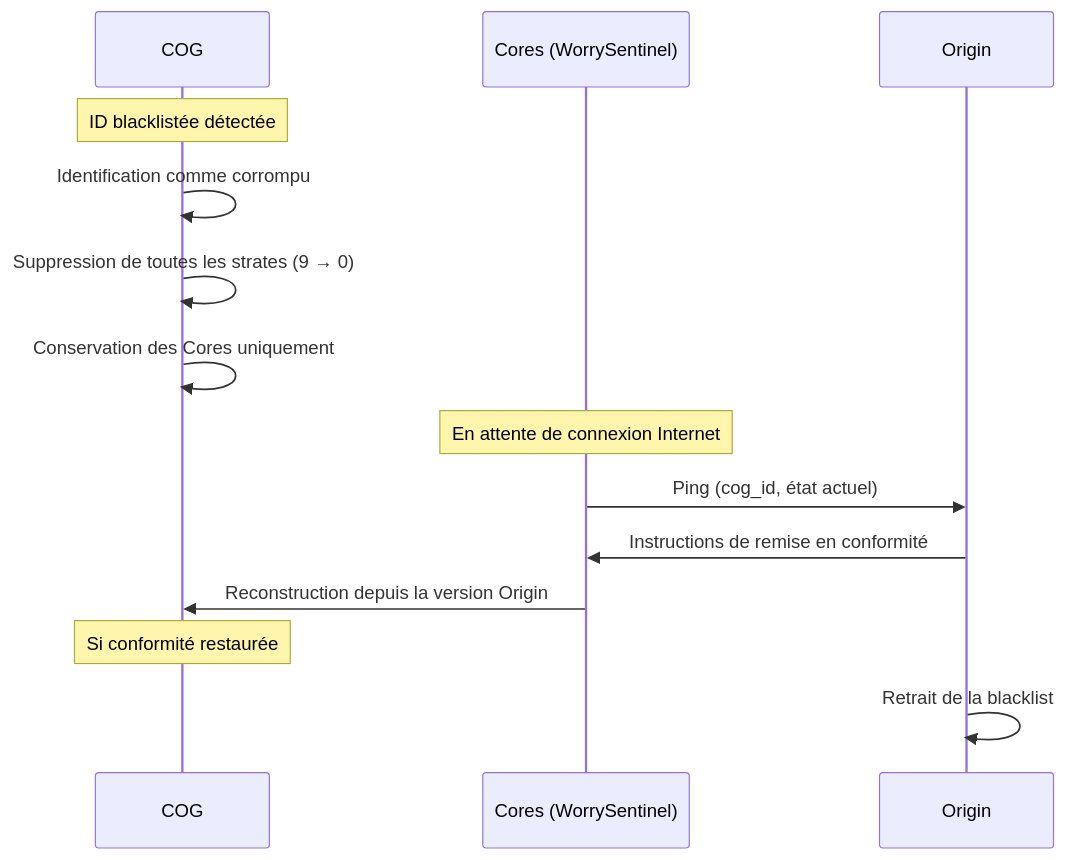
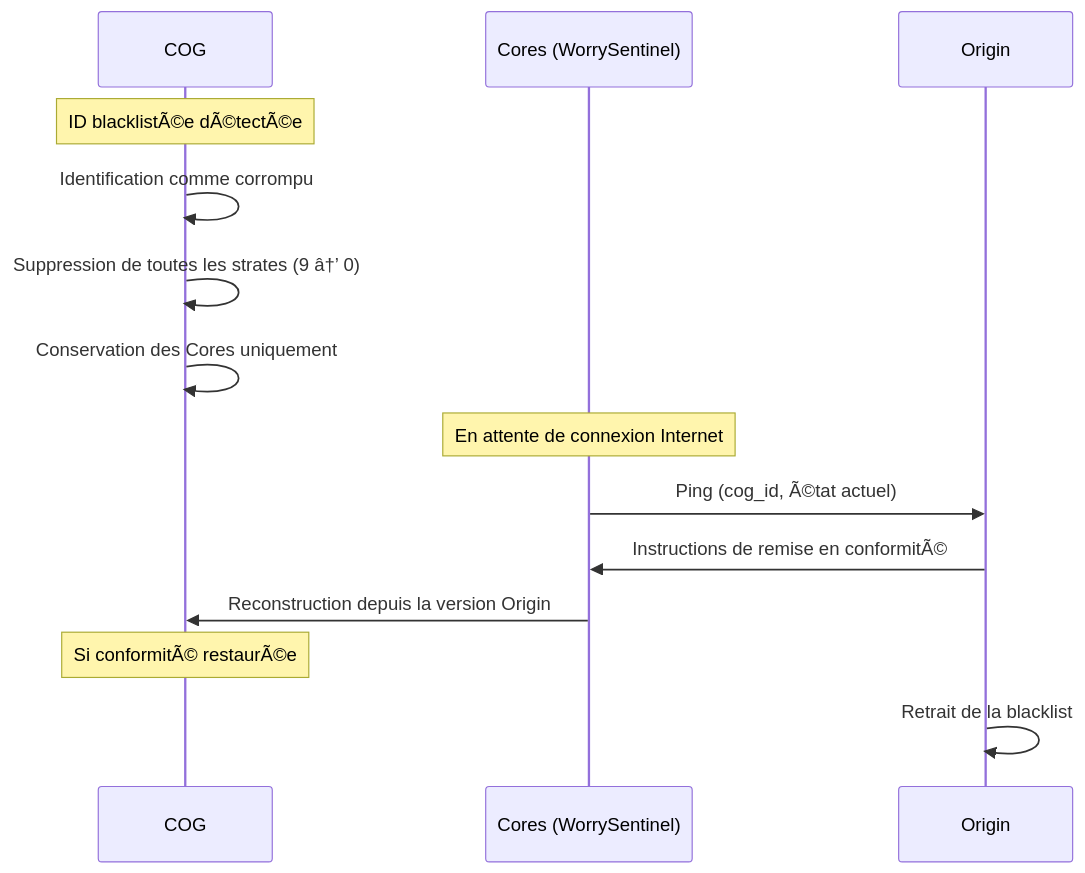
Before and after one commit to StudioMiyukini/miyukini_cog: the second of 5 diagrams in docs/miyukini-webway-system/securite/MWS - Quarantaine et Blacklist.md, drawn with Mermaid. The commit also changed other lines of this file and 1287 other files, not shown here.

````diff
--- a/docs/miyukini-webway-system/securite/MWS - Quarantaine et Blacklist.md
+++ b/docs/miyukini-webway-system/securite/MWS - Quarantaine et Blacklist.md
@@ -122,17 +122,17 @@
 ```mermaid
 sequenceDiagram
     participant COG as COG
     participant Cores as Cores (WorrySentinel)
     participant O as Origin
 
-    Note over COG: ID blacklistée détectée
+    Note over COG: ID blacklistÃ©e dÃ©tectÃ©e
     COG->>COG: Identification comme corrompu
-    COG->>COG: Suppression de toutes les strates (9 → 0)
+    COG->>COG: Suppression de toutes les strates (9 â†’ 0)
     COG->>COG: Conservation des Cores uniquement
     Note over Cores: En attente de connexion Internet
-    Cores->>O: Ping (cog_id, état actuel)
-    O->>Cores: Instructions de remise en conformité
+    Cores->>O: Ping (cog_id, Ã©tat actuel)
+    O->>Cores: Instructions de remise en conformitÃ©
     Cores->>COG: Reconstruction depuis la version Origin
-    Note over COG: Si conformité restaurée
+    Note over COG: Si conformitÃ© restaurÃ©e
     O->>O: Retrait de la blacklist
 ```
````
